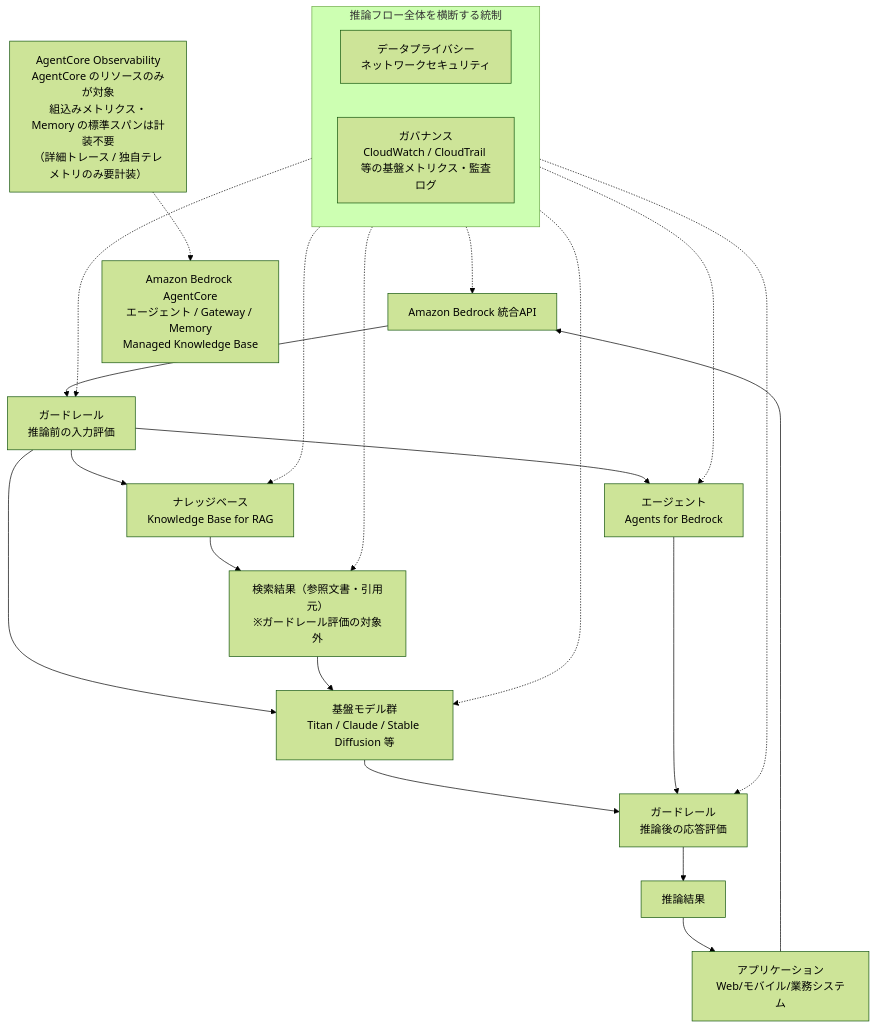
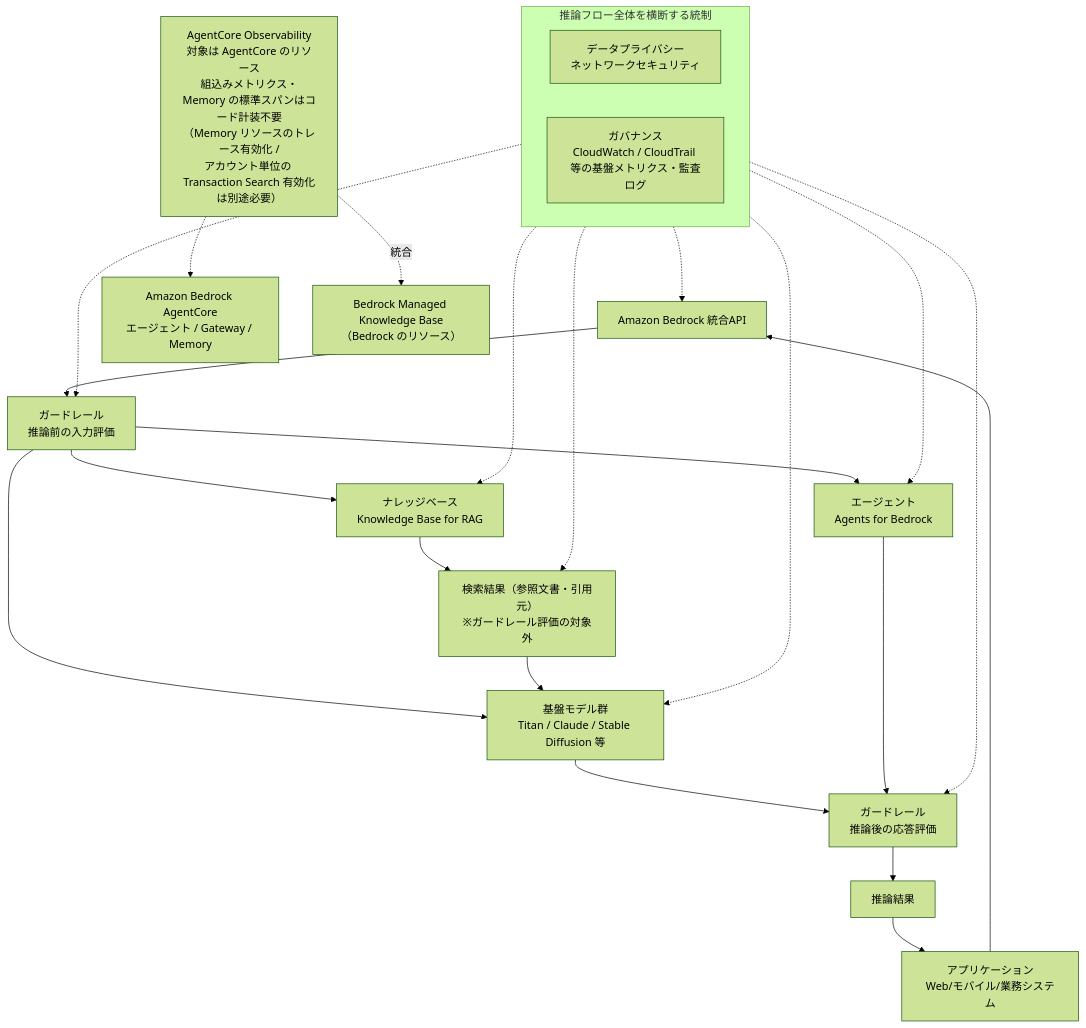
The ninth of 9 diagrams in Generative-ai-on-aws-guide.md (myoshi2891/Comparison-of-LLMs), drawn with Mermaid (forest theme) before and after one commit. The commit also changed other lines of this file, not shown here.

Commit message:
docs(generative-ai-aws): refine AgentCore observability and memory trace configuration prerequisites

````diff
--- a/Generative-ai-on-aws-guide.md
+++ b/Generative-ai-on-aws-guide.md
@@ -409,28 +413,30 @@
 ```mermaid
 flowchart TB
     A["アプリケーション<br/>Web/モバイル/業務システム"] --> B["Amazon Bedrock 統合API"]
     B --> GI["ガードレール<br/>推論前の入力評価"]
     GI --> C["基盤モデル群<br/>Titan / Claude / Stable Diffusion 等"]
     GI --> D["ナレッジベース<br/>Knowledge Base for RAG"]
     GI --> E["エージェント<br/>Agents for Bedrock"]
     D --> DR["検索結果（参照文書・引用元）<br/>※ガードレール評価の対象外"]
     DR --> C
     C --> GO["ガードレール<br/>推論後の応答評価"]
     E --> GO
     GO --> G["推論結果"]
     G --> A
     subgraph X["推論フロー全体を横断する統制"]
         H["データプライバシー<br/>ネットワークセキュリティ"]
         I["ガバナンス<br/>CloudWatch / CloudTrail 等の基盤メトリクス・監査ログ"]
     end
     X -.-> B
     X -.-> GI
     X -.-> C
     X -.-> D
     X -.-> DR
     X -.-> E
     X -.-> GO
-    AC["Amazon Bedrock AgentCore<br/>エージェント / Gateway / Memory<br/>Managed Knowledge Base"]
-    OBS["AgentCore Observability<br/>AgentCore のリソースのみが対象<br/>組込みメトリクス・Memory の標準スパンは計装不要<br/>（詳細トレース / 独自テレメトリのみ要計装）"]
+    AC["Amazon Bedrock AgentCore<br/>エージェント / Gateway / Memory"]
+    MKB["Bedrock Managed Knowledge Base<br/>（Bedrock のリソース）"]
+    OBS["AgentCore Observability<br/>対象は AgentCore のリソース<br/>組込みメトリクス・Memory の標準スパンはコード計装不要<br/>（Memory リソースのトレース有効化 /<br/>アカウント単位の Transaction Search 有効化は別途必要）"]
     OBS -.-> AC
+    OBS -.->|統合| MKB
 ```
````
